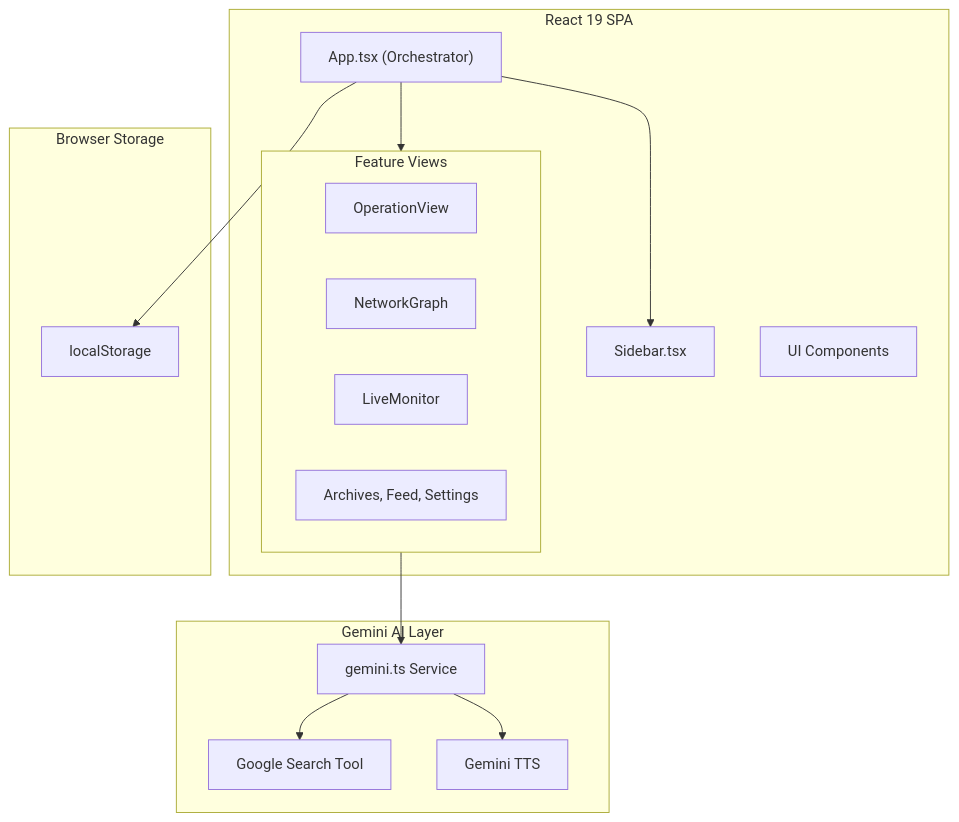
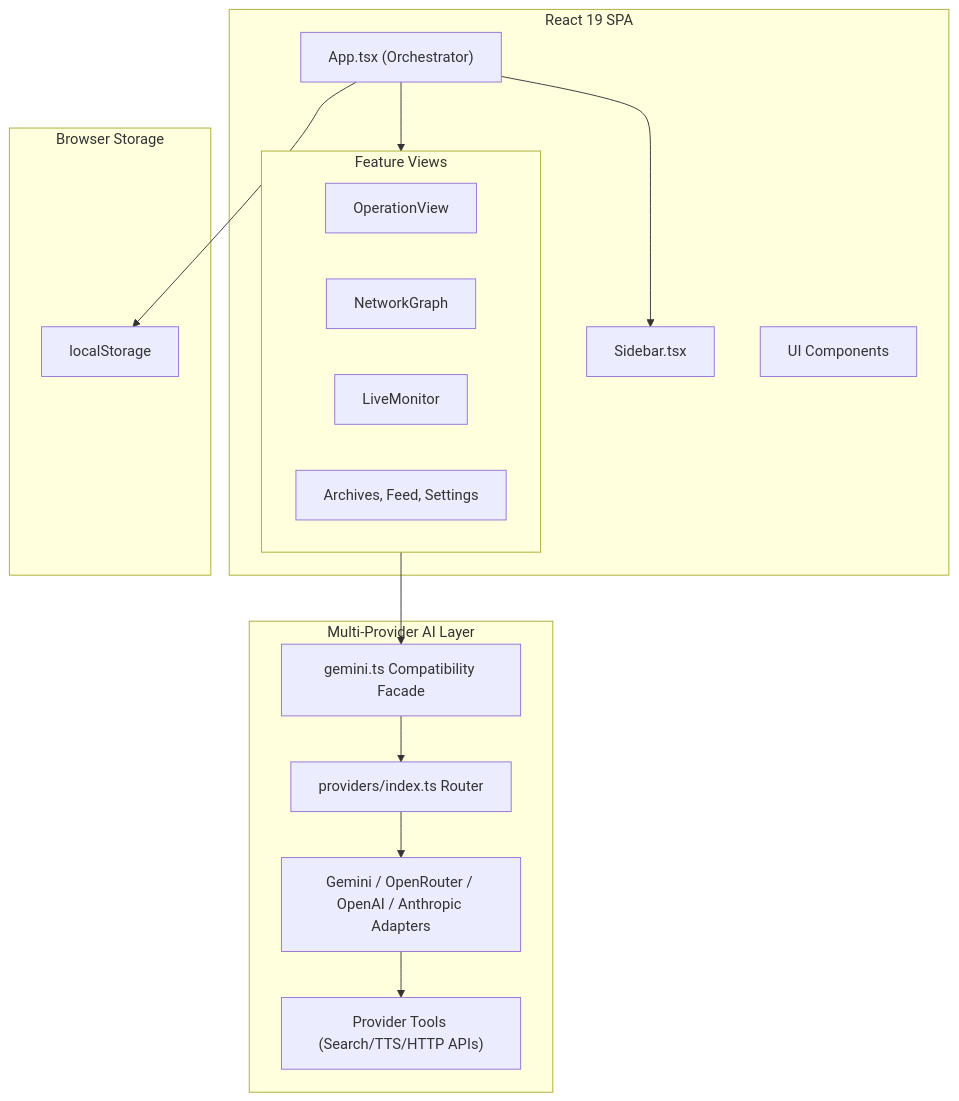
One commit to jamesnavinhill/sherlock changed the first of 5 diagrams in docs/architecture.md. Above: the diagram before and after it, drawn with Mermaid. The commit also changed other lines of this file and 16 other files, not shown here.

````diff
--- a/docs/architecture.md
+++ b/docs/architecture.md
@@ -9,31 +9,33 @@
 ```mermaid
 flowchart TD
     subgraph Frontend["React 19 SPA"]
         App["App.tsx (Orchestrator)"]
         Sidebar["Sidebar.tsx"]
         subgraph Views["Feature Views"]
             OpView["OperationView"]
             NetGraph["NetworkGraph"]
             LiveMon["LiveMonitor"]
             OtherViews["Archives, Feed, Settings"]
         end
         UI["UI Components"]
     end
 
-    subgraph AI["Gemini AI Layer"]
-        GS["gemini.ts Service"]
-        Tools["Google Search Tool"]
-        TTS["Gemini TTS"]
+    subgraph AI["Multi-Provider AI Layer"]
+        GS["gemini.ts Compatibility Facade"]
+        Router["providers/index.ts Router"]
+        Adapters["Gemini / OpenRouter / OpenAI / Anthropic Adapters"]
+        Tools["Provider Tools (Search/TTS/HTTP APIs)"]
     end
 
     subgraph Storage["Browser Storage"]
         LS["localStorage"]
     end
 
     App --> Views
     App --> Sidebar
     Views --> GS
-    GS --> Tools
-    GS --> TTS
+    GS --> Router
+    Router --> Adapters
+    Adapters --> Tools
     App --> LS
 ```
````
